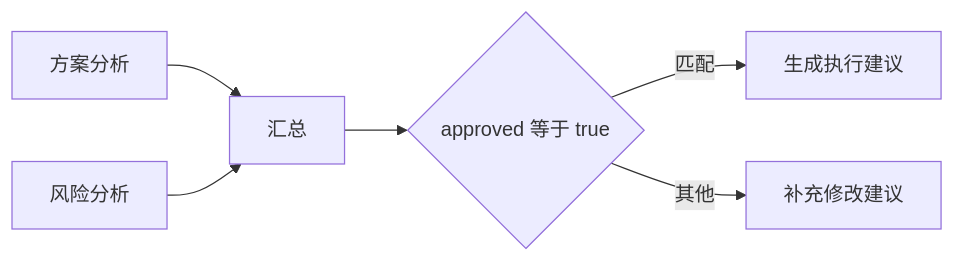
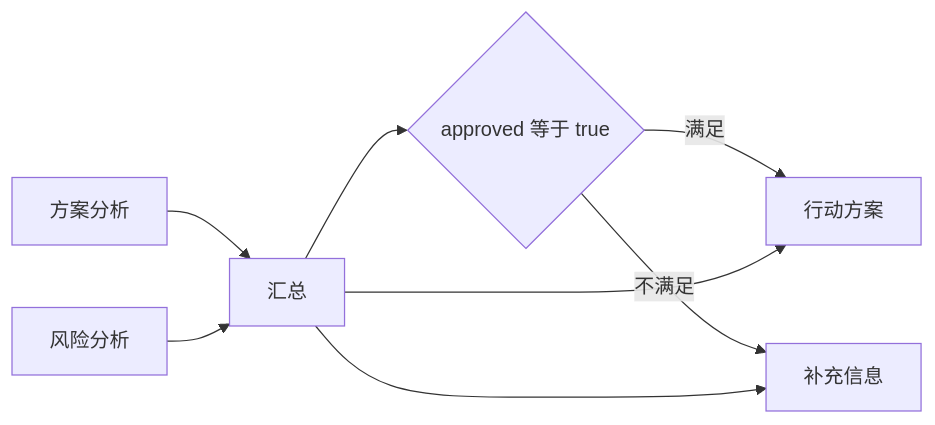
The first of 2 diagrams in docs/agent-loop-design.md (Penglai-Link/Tron-Harness), drawn with Mermaid before and after one commit. The commit also changed other lines of this file and 18 other files, not shown here.

````diff
--- a/docs/agent-loop-design.md
+++ b/docs/agent-loop-design.md
@@ -23,8 +33,10 @@
 ```mermaid
 flowchart LR
     A[方案分析] --> C[汇总]
     B[风险分析] --> C
     C --> D{approved 等于 true}
-    D -->|匹配| E[生成执行建议]
-    D -->|其他| F[补充修改建议]
+    D -->|满足| E[行动方案]
+    C --> E
+    D -->|不满足| F[补充信息]
+    C --> F
 ```
````
